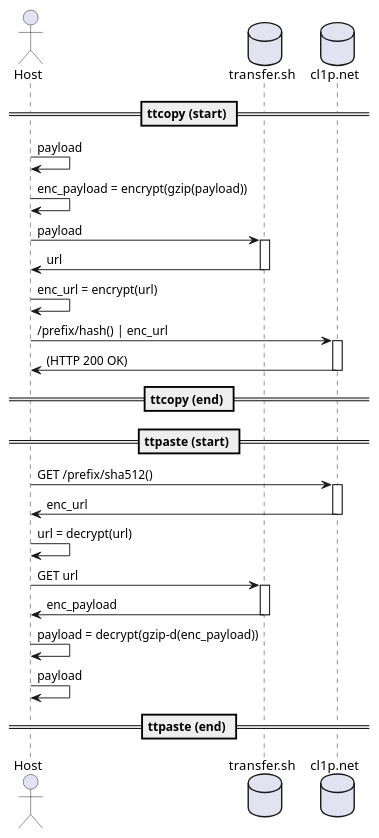
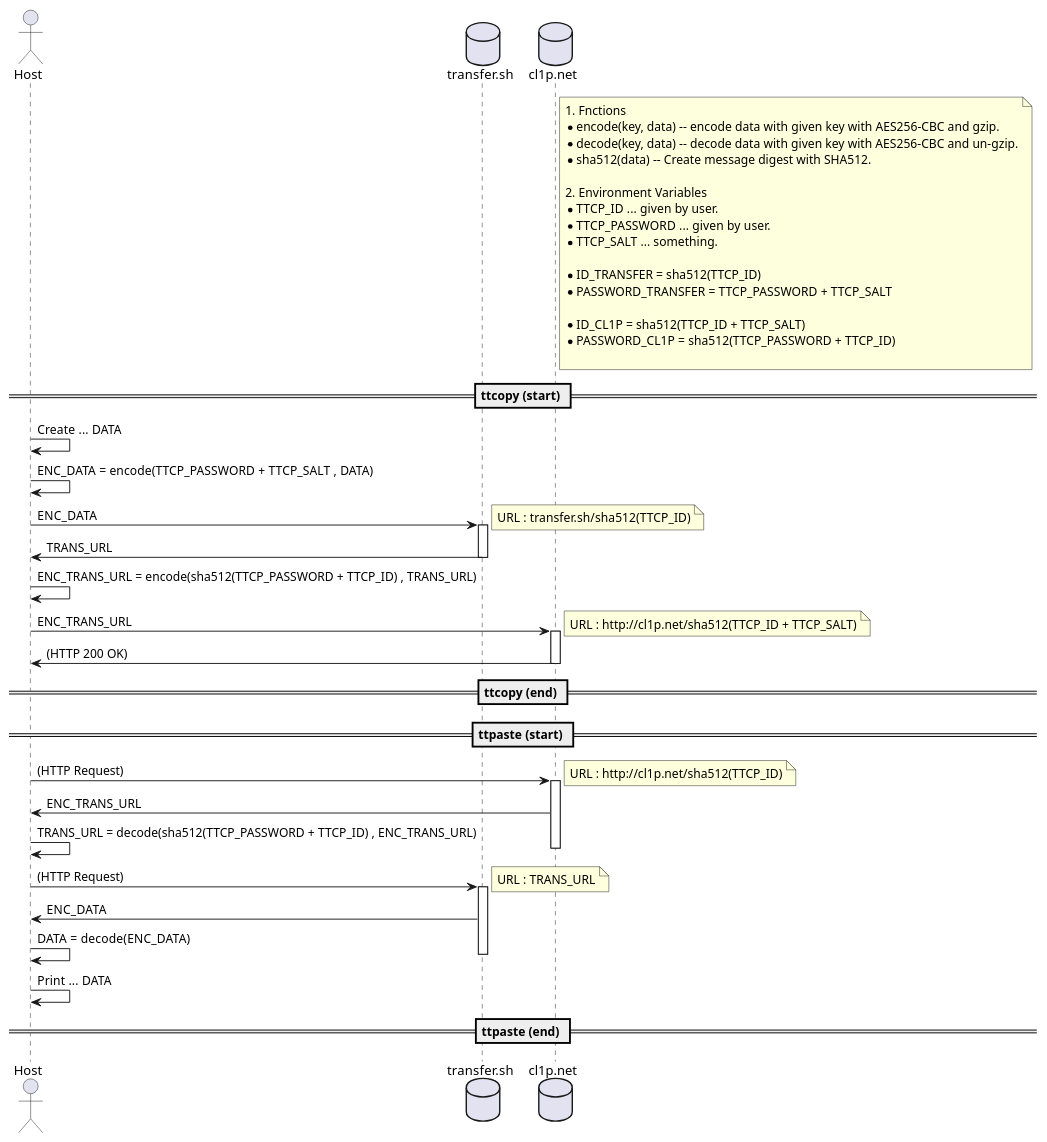
One commit to greymd/ttcopy changed the diagram in img/sequence.pu. Above: the diagram before and after it, drawn with PlantUML. The commit also changed 1 other file, not shown here.

Commit message:
Add sequence diagram

```diff
--- a/img/sequence.pu
+++ b/img/sequence.pu
@@ -1,44 +1,65 @@
 @startuml
 actor Host
 database transfer.sh
 database cl1p.net
 
+note right of cl1p.net
+    # Fnctions
+    * encode(key, data) -- encode data with given key with AES256-CBC and gzip.
+    * decode(key, data) -- decode data with given key with AES256-CBC and un-gzip.
+    * sha512(data) -- Create message digest with SHA512.
+
+    # Environment Variables
+    * TTCP_ID ... given by user.
+    * TTCP_PASSWORD ... given by user.
+    * TTCP_SALT ... something.
+
+    * ID_TRANSFER = sha512(TTCP_ID)
+    * PASSWORD_TRANSFER = TTCP_PASSWORD + TTCP_SALT
+
+    * ID_CL1P = sha512(TTCP_ID + TTCP_SALT)
+    * PASSWORD_CL1P = sha512(TTCP_PASSWORD + TTCP_ID)
+
+end note
+
 == ttcopy (start) ==
 
-    Host -> Host : payload
-    Host -> Host : enc_payload = encrypt(gzip(payload))
+Host -> Host : Create ... DATA
+Host -> Host : ENC_DATA = encode(TTCP_PASSWORD + TTCP_SALT , DATA)
+Host -> transfer.sh : ENC_DATA
+note right : URL : transfer.sh/sha512(TTCP_ID)
+activate transfer.sh
+transfer.sh -> Host : TRANS_URL
+deactivate transfer.sh
 
-    Host -> transfer.sh : payload
-    activate transfer.sh
-    transfer.sh -> Host : url
-    deactivate transfer.sh
+Host -> Host : ENC_TRANS_URL = encode(sha512(TTCP_PASSWORD + TTCP_ID) , TRANS_URL)
 
-    Host -> Host : enc_url = encrypt(url)
+Host -> cl1p.net : ENC_TRANS_URL
+note right : URL : http://cl1p.net/sha512(TTCP_ID + TTCP_SALT)
 
-    Host -> cl1p.net : /prefix/hash() | enc_url
-    activate cl1p.net
-    cl1p.net -> Host : (HTTP 200 OK)
-    deactivate cl1p.net
+activate cl1p.net
+cl1p.net -> Host : (HTTP 200 OK)
+deactivate cl1p.net
 
 == ttcopy (end) ==
 
 == ttpaste (start) ==
 
-    Host -> cl1p.net : GET /prefix/sha512()
-    activate cl1p.net
-    cl1p.net -> Host : enc_url
-    deactivate cl1p.net
+Host -> cl1p.net : (HTTP Request)
+note right : URL : http://cl1p.net/sha512(TTCP_ID)
+activate cl1p.net
+cl1p.net -> Host : ENC_TRANS_URL
+Host -> Host : TRANS_URL = decode(sha512(TTCP_PASSWORD + TTCP_ID) , ENC_TRANS_URL)
+deactivate cl1p.net
 
-    Host -> Host : url = decrypt(url)
-
-    Host -> transfer.sh : GET url
-    activate transfer.sh
-    transfer.sh -> Host : enc_payload
-    deactivate transfer.sh
-
-    Host -> Host : payload = decrypt(gzip-d(enc_payload))
-    Host -> Host : payload
+Host -> transfer.sh : (HTTP Request)
+note right : URL : TRANS_URL
+activate transfer.sh
+transfer.sh -> Host : ENC_DATA
+Host -> Host : DATA = decode(ENC_DATA)
+deactivate transfer.sh
+Host -> Host : Print ... DATA
 
 == ttpaste (end) ==
 
 @enduml
```
